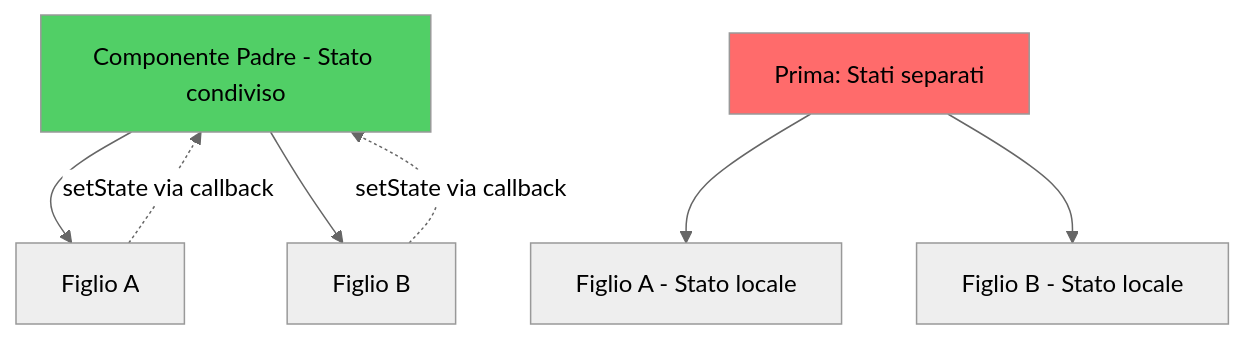
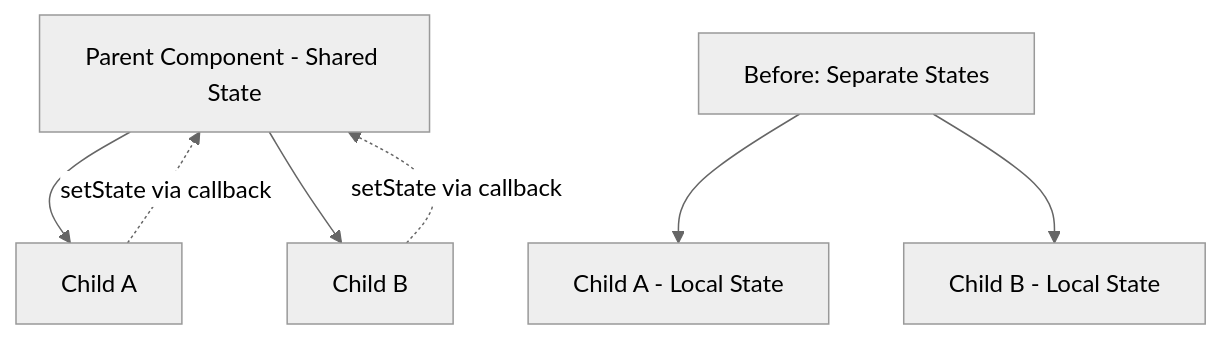
Before and after one commit to BabaScience/react-guides: the fourth of 12 diagrams in arguments/chapters/it/03-component-patterns-best-practices.md, drawn with Mermaid (neutral theme). The commit also changed other lines of this file and 29 other files, not shown here.

First line of the commit message:
Bring React FR/IT translations to full English parity + theme-safe diagrams

````diff
--- a/arguments/chapters/it/03-component-patterns-best-practices.md
+++ b/arguments/chapters/it/03-component-patterns-best-practices.md
@@ -135,14 +514,12 @@
 ```mermaid
 graph TD
-    A[Componente Padre - Stato condiviso] --> B[Figlio A]
-    A --> C[Figlio B]
+    A[Parent Component - Shared State] --> B[Child A]
+    A --> C[Child B]
     
     B -.setState via callback.-> A
     C -.setState via callback.-> A
     
-    D[Prima: Stati separati] --> E[Figlio A - Stato locale]
-    D --> F[Figlio B - Stato locale]
+    D[Before: Separate States] --> E[Child A - Local State]
+    D --> F[Child B - Local State]
     
-    style A fill:#51cf66
-    style D fill:#ff6b6b
 ```
````
